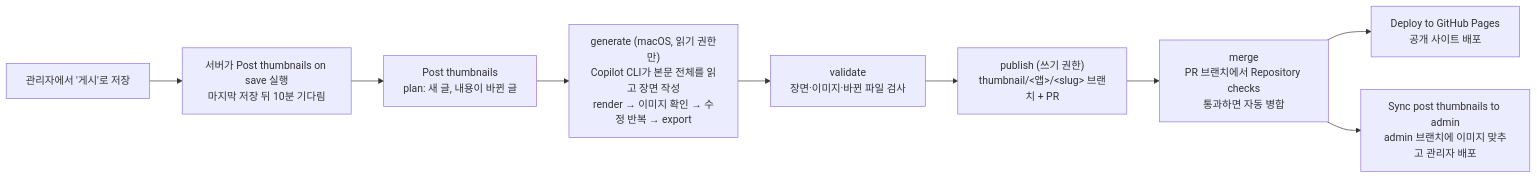
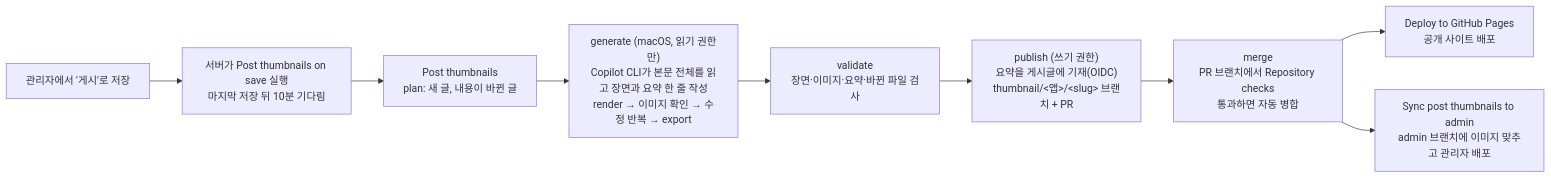
One commit to oneot/elevate changed the diagram in tools/post-thumbs/README.md. Above: the diagram before and after it, drawn with Mermaid. The commit also changed other lines of this file and 3 other files, not shown here.

````diff
--- a/tools/post-thumbs/README.md
+++ b/tools/post-thumbs/README.md
@@ -9,11 +10,11 @@
 ```mermaid
 flowchart LR
   A["관리자에서 '게시'로 저장"] --> S["서버가 Post thumbnails on save 실행<br/>마지막 저장 뒤 10분 기다림"]
   S --> B["Post thumbnails<br/>plan: 새 글, 내용이 바뀐 글"]
-  B --> C["generate (macOS, 읽기 권한만)<br/>Copilot CLI가 본문 전체를 읽고 장면 작성<br/>render → 이미지 확인 → 수정 반복 → export"]
-  C --> D["validate<br/>장면·이미지·바뀐 파일 검사"]
-  D --> E["publish (쓰기 권한)<br/>thumbnail/&lt;앱&gt;/&lt;slug&gt; 브랜치 + PR"]
+  B --> C["generate (macOS, 읽기 권한만)<br/>Copilot CLI가 본문 전체를 읽고 장면과 요약 한 줄 작성<br/>render → 이미지 확인 → 수정 반복 → export"]
+  C --> D["validate<br/>장면·이미지·요약·바뀐 파일 검사"]
+  D --> E["publish (쓰기 권한)<br/>요약을 게시글에 기재(OIDC)<br/>thumbnail/&lt;앱&gt;/&lt;slug&gt; 브랜치 + PR"]
   E --> M["merge<br/>PR 브랜치에서 Repository checks<br/>통과하면 자동 병합"]
   M --> G["Deploy to GitHub Pages<br/>공개 사이트 배포"]
   M --> H["Sync post thumbnails to admin<br/>admin 브랜치에 이미지 맞추고 관리자 배포"]
 ```
````
